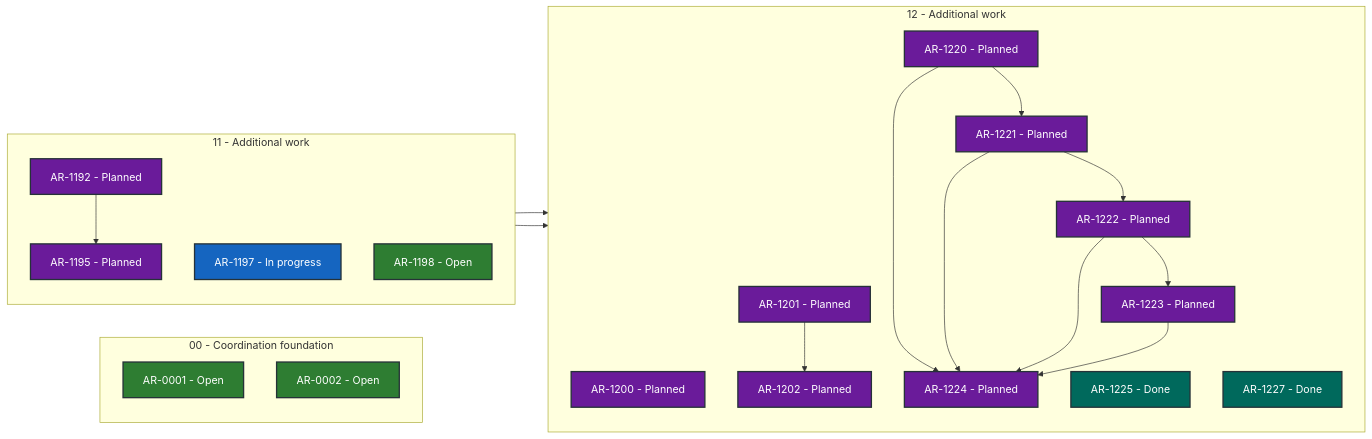
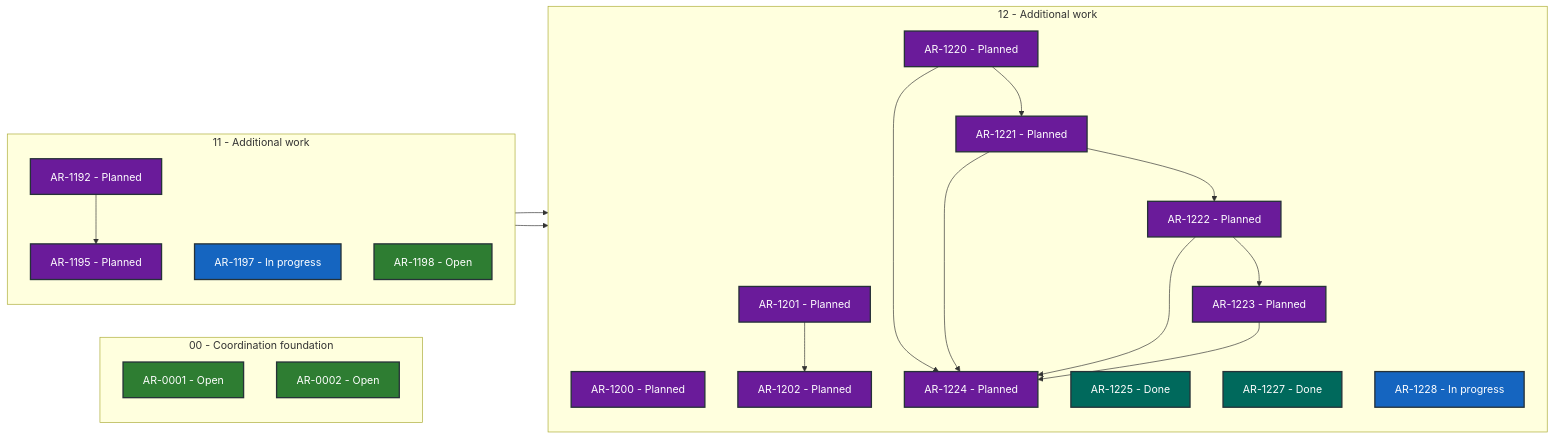
The diagram in STATUS.md (martin-beck/asb-tui-state), drawn with Mermaid before and after one commit. The commit also changed other lines of this file and 2 other files, not shown here.

````diff
--- a/STATUS.md
+++ b/STATUS.md
@@ -27,47 +27,48 @@
 ```mermaid
 flowchart LR
     subgraph series_00["00 - Coordination foundation"]
         direction TB
         AR_0001["AR-0001 - Open"]:::status_open
         AR_0002["AR-0002 - Open"]:::status_open
     end
     subgraph series_11["11 - Additional work"]
         direction TB
         AR_1192["AR-1192 - Planned"]:::status_planned
         AR_1195["AR-1195 - Planned"]:::status_planned
         AR_1197["AR-1197 - In progress"]:::status_in_progress
         AR_1198["AR-1198 - Open"]:::status_open
     end
     subgraph series_12["12 - Additional work"]
         direction TB
         AR_1200["AR-1200 - Planned"]:::status_planned
         AR_1201["AR-1201 - Planned"]:::status_planned
         AR_1202["AR-1202 - Planned"]:::status_planned
         AR_1220["AR-1220 - Planned"]:::status_planned
         AR_1221["AR-1221 - Planned"]:::status_planned
         AR_1222["AR-1222 - Planned"]:::status_planned
         AR_1223["AR-1223 - Planned"]:::status_planned
         AR_1224["AR-1224 - Planned"]:::status_planned
         AR_1225["AR-1225 - Done"]:::status_done
         AR_1227["AR-1227 - Done"]:::status_done
+        AR_1228["AR-1228 - In progress"]:::status_in_progress
     end
     AR_1192 --> AR_1195
     AR_1195 --> AR_1200
     AR_1197 --> AR_1201
     AR_1201 --> AR_1202
     AR_1220 --> AR_1221
     AR_1220 --> AR_1224
     AR_1221 --> AR_1222
     AR_1221 --> AR_1224
     AR_1222 --> AR_1223
     AR_1222 --> AR_1224
     AR_1223 --> AR_1224
     classDef status_in_progress fill:#1565c0,color:#ffffff,stroke:#263238,stroke-width:2px
     classDef status_open fill:#2e7d32,color:#ffffff,stroke:#263238,stroke-width:2px
     classDef status_blocked fill:#c62828,color:#ffffff,stroke:#263238,stroke-width:2px
     classDef status_planned fill:#6a1b9a,color:#ffffff,stroke:#263238,stroke-width:2px
     classDef status_future fill:#455a64,color:#ffffff,stroke:#263238,stroke-width:2px
     classDef status_done fill:#00695c,color:#ffffff,stroke:#263238,stroke-width:2px
     classDef status_cancelled fill:#616161,color:#ffffff,stroke:#263238,stroke-width:2px
     classDef status_superseded fill:#5d4037,color:#ffffff,stroke:#263238,stroke-width:2px
 ```
````
